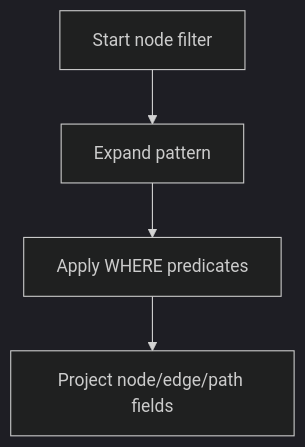
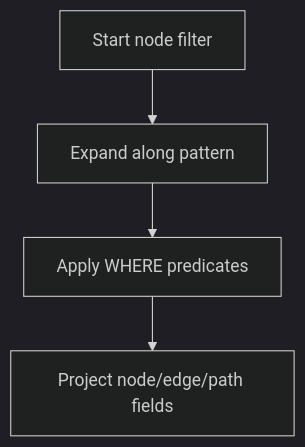
Before and after one commit to nexepic/zyx: the diagram in docs/apps/docs/content/docs/en/zyx/user-guide/pattern-matching.mdx, drawn with Mermaid (dark theme). The commit also changed other lines of this file and 112 other files, not shown here.

````diff
--- a/docs/apps/docs/content/docs/en/zyx/user-guide/pattern-matching.mdx
+++ b/docs/apps/docs/content/docs/en/zyx/user-guide/pattern-matching.mdx
@@ -77,6 +112,6 @@
 ```mermaid
 flowchart TD
-  A[Start node filter] --> B[Expand pattern]
+  A[Start node filter] --> B[Expand along pattern]
   B --> C[Apply WHERE predicates]
   C --> D[Project node/edge/path fields]
 ```
````
